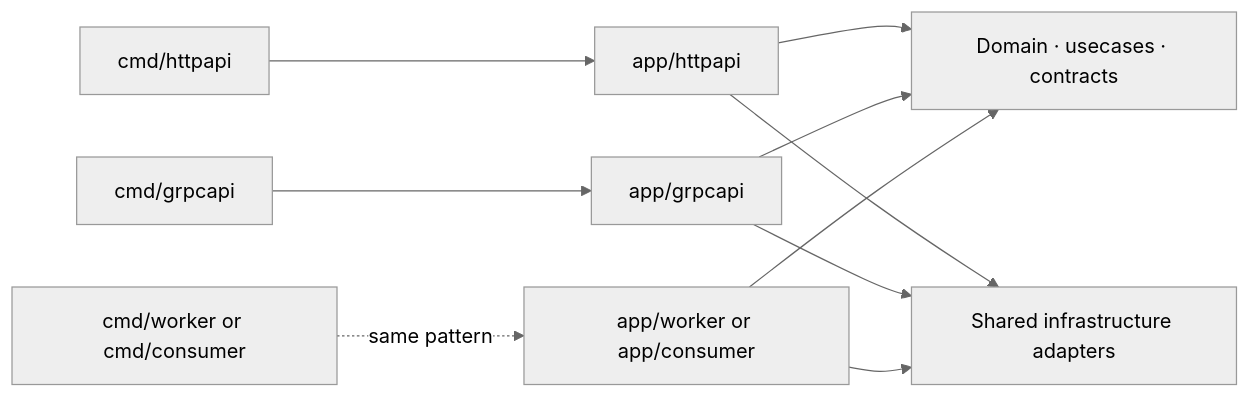
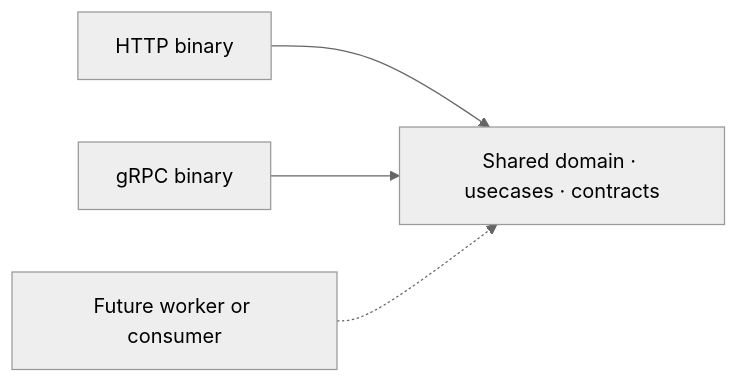
Before and after one commit to eannchen/go-backend-architecture: the first of 2 diagrams in README.md, drawn with Mermaid (neutral theme). The commit also changed other lines of this file, not shown here.

Commit message:
refactor(docs): clarify README.md content and architecture descriptions
- Revised README.md to improve clarity on Go imports and architectural responsibilities, emphasizing the separation of usecases from delivery and infrastructure.
- Updated descriptions of binary composition and deployment patterns, ensuring a clearer understanding of process lifecycles and shared application behavior.
- Enhanced the architecture diagram to better illustrate the relationships between components and their responsibilities within the modular monolith structure.

````diff
--- a/README.md
+++ b/README.md
@@ -47,13 +45,6 @@
 ```mermaid
 flowchart LR
-    http[cmd/httpapi] --> httpapp[app/httpapi]
-    grpc[cmd/grpcapi] --> grpcapp[app/grpcapi]
-    future[cmd/worker or cmd/consumer] -. same pattern .-> futureapp[app/worker or app/consumer]
-
-    httpapp --> shared[Domain · usecases · contracts]
-    grpcapp --> shared
-    futureapp --> shared
-    httpapp --> resources[Shared infrastructure adapters]
-    grpcapp --> resources
-    futureapp --> resources
+    http[HTTP binary] --> core[Shared domain · usecases · contracts]
+    grpc[gRPC binary] --> core
+    future[Future worker or consumer] -.-> core
 ```
````
